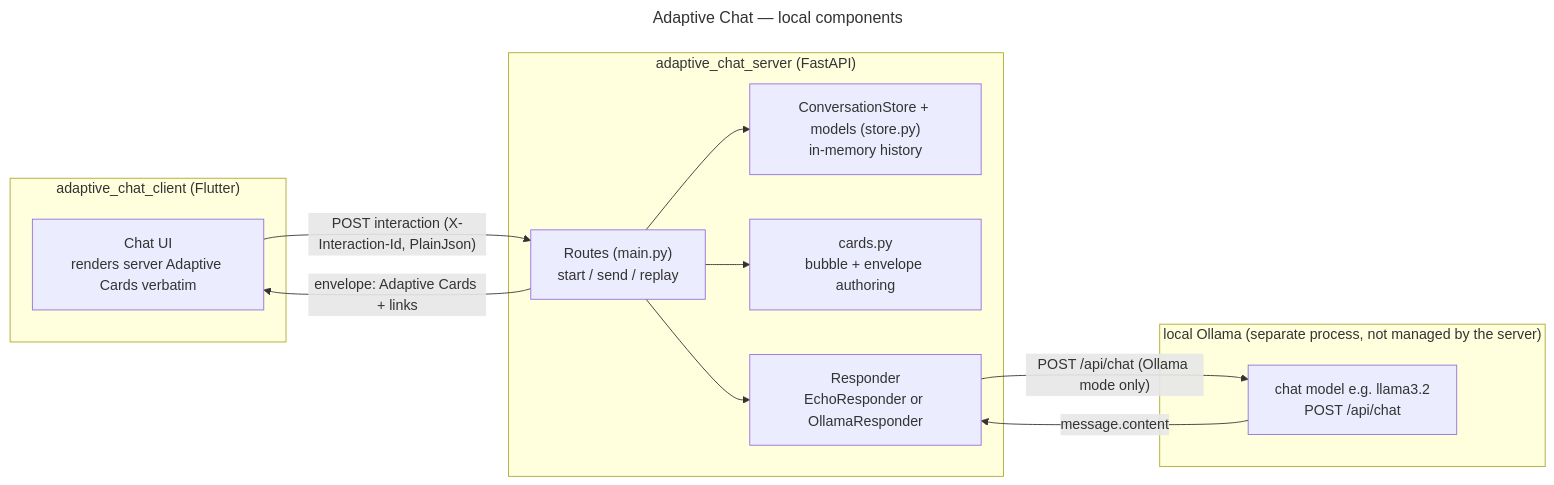
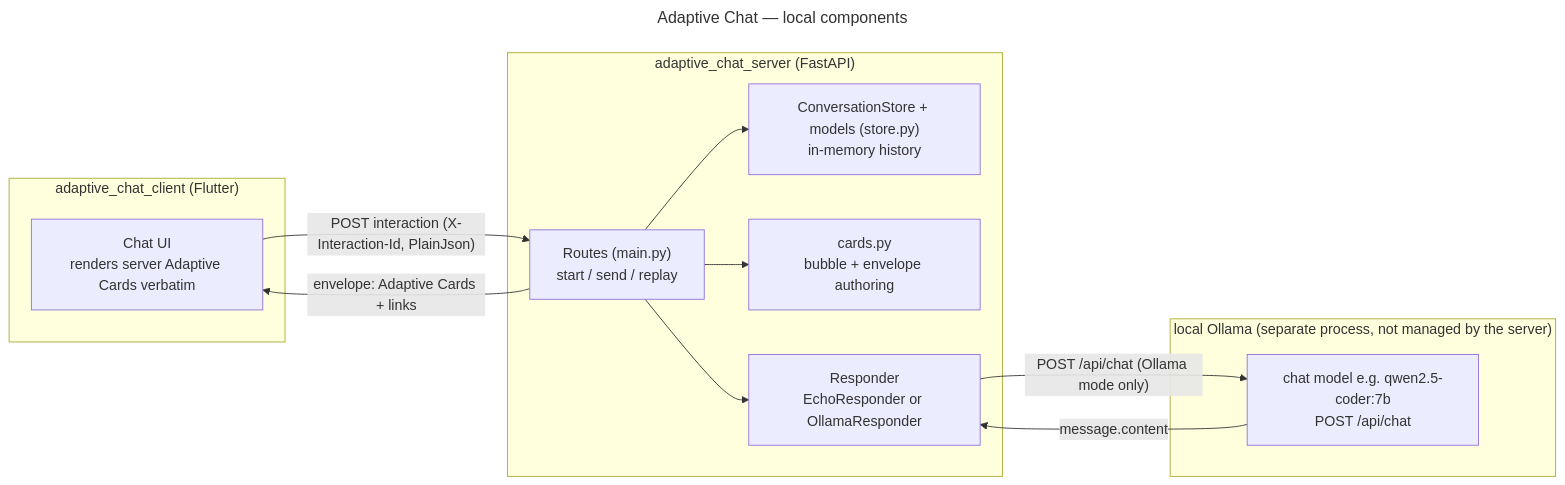
Before and after one commit to freemansoft/Flutter-AdaptiveCards: the second of 4 diagrams in adaptive_chat_server/README.md, drawn with Mermaid. The commit also changed other lines of this file and 5 other files, not shown here.

First line of the commit message:
feat(adaptive_chat_server): reliable card JSON via model + decoding defaults

````diff
--- a/adaptive_chat_server/README.md
+++ b/adaptive_chat_server/README.md
@@ -183,26 +189,26 @@
 ```mermaid
 ---
 title: "Adaptive Chat — local components"
 ---
 flowchart LR
     subgraph client["adaptive_chat_client (Flutter)"]
         UI["Chat UI\nrenders server Adaptive Cards verbatim"]
     end
     subgraph server["adaptive_chat_server (FastAPI)"]
         ROUTES["Routes (main.py)\nstart / send / replay"]
         STORE["ConversationStore + models (store.py)\nin-memory history"]
         CARDS["cards.py\nbubble + envelope authoring"]
         RESP["Responder\nEchoResponder or OllamaResponder"]
     end
     subgraph ollama["local Ollama (separate process, not managed by the server)"]
-        LLM["chat model e.g. llama3.2\nPOST /api/chat"]
+        LLM["chat model e.g. qwen2.5-coder:7b\nPOST /api/chat"]
     end
 
     UI -->|"POST interaction (X-Interaction-Id, PlainJson)"| ROUTES
     ROUTES -->|"envelope: Adaptive Cards + links"| UI
     ROUTES --> RESP
     ROUTES --> STORE
     ROUTES --> CARDS
     RESP -->|"POST /api/chat (Ollama mode only)"| LLM
     LLM -->|"message.content"| RESP
 ```
````
